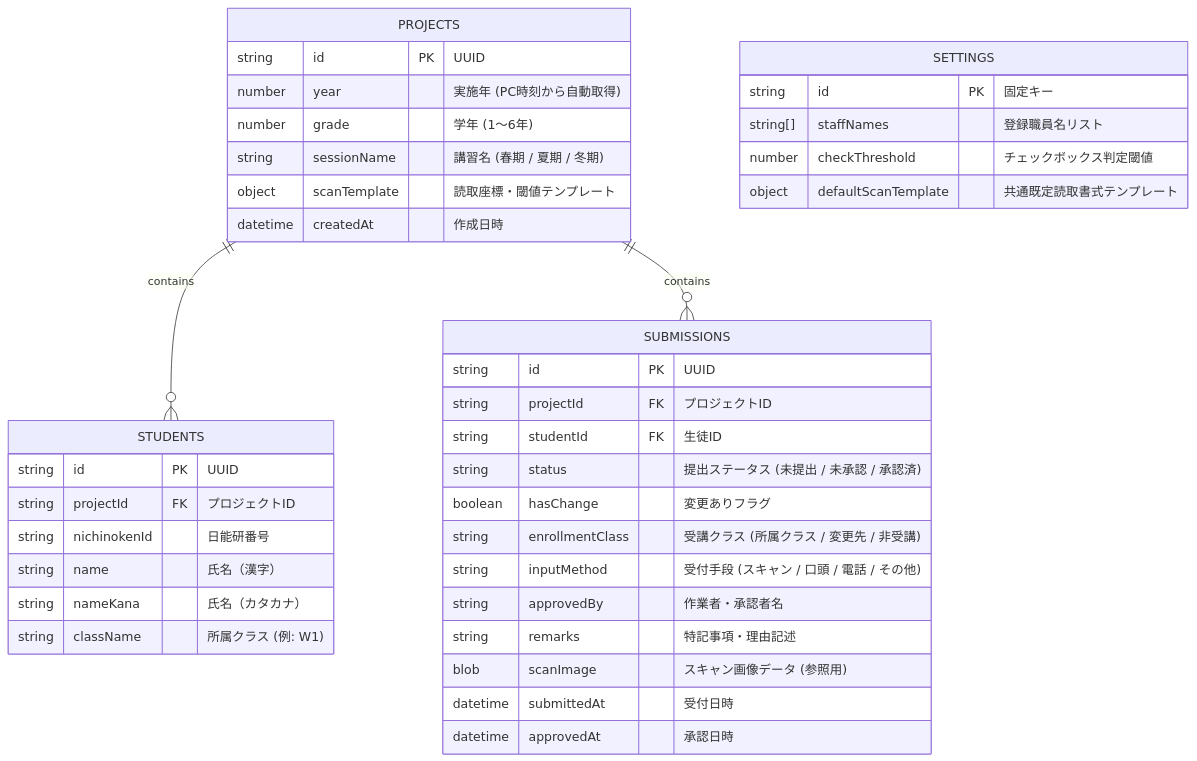
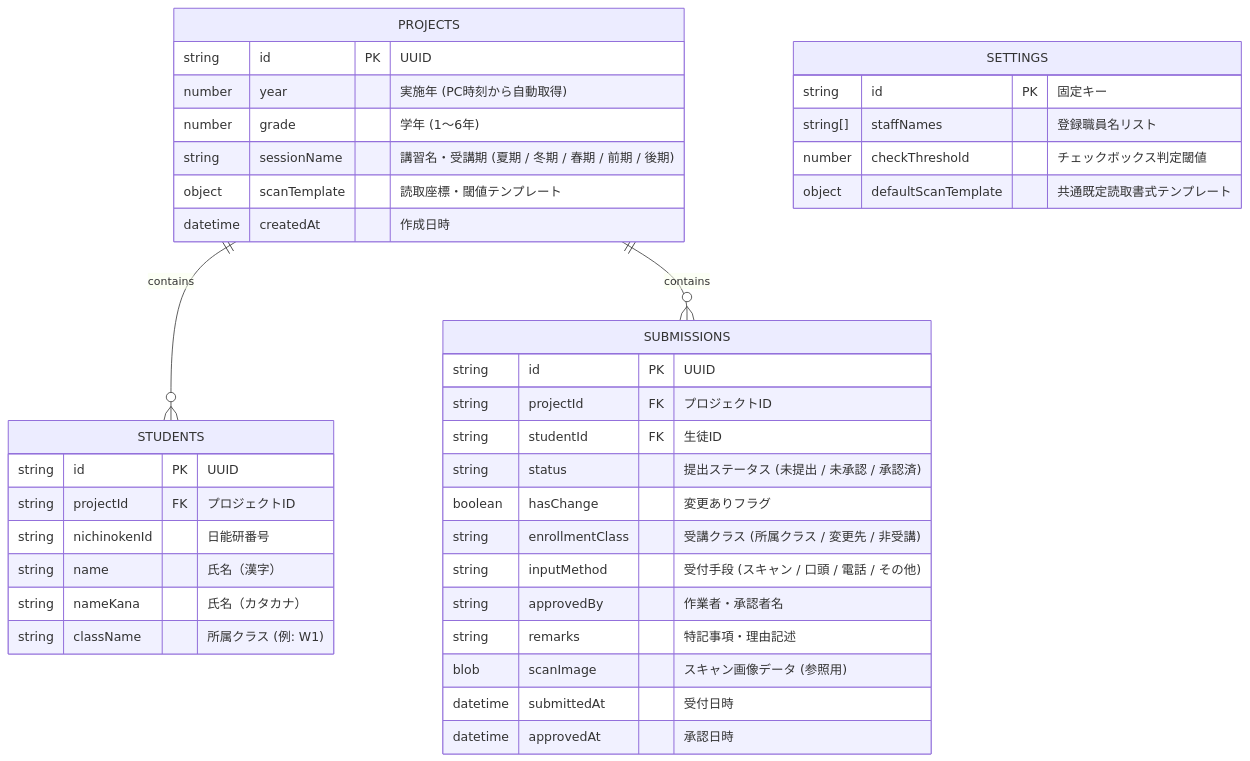
The fourth of 5 diagrams in CONCEPT_DESIGN.md (satakeryuunosuke/application_form_reader), drawn with Mermaid before and after one commit. The commit also changed other lines of this file and 9 other files, not shown here.

````diff
--- a/CONCEPT_DESIGN.md
+++ b/CONCEPT_DESIGN.md
@@ -190,45 +190,45 @@
 ```mermaid
 erDiagram
     PROJECTS ||--o{ STUDENTS : contains
     PROJECTS ||--o{ SUBMISSIONS : contains
     
     PROJECTS {
         string id PK "UUID"
         number year "実施年 (PC時刻から自動取得)"
         number grade "学年 (1〜6年)"
-        string sessionName "講習名 (春期 / 夏期 / 冬期)"
+        string sessionName "講習名・受講期 (夏期 / 冬期 / 春期 / 前期 / 後期)"
         object scanTemplate "読取座標・閾値テンプレート"
         datetime createdAt "作成日時"
     }
     
     STUDENTS {
         string id PK "UUID"
         string projectId FK "プロジェクトID"
         string nichinokenId "日能研番号"
         string name "氏名（漢字）"
         string nameKana "氏名（カタカナ）"
         string className "所属クラス (例: W1)"
     }
     
     SUBMISSIONS {
         string id PK "UUID"
         string projectId FK "プロジェクトID"
         string studentId FK "生徒ID"
         string status "提出ステータス (未提出 / 未承認 / 承認済)"
         boolean hasChange "変更ありフラグ"
         string enrollmentClass "受講クラス (所属クラス / 変更先 / 非受講)"
         string inputMethod "受付手段 (スキャン / 口頭 / 電話 / その他)"
         string approvedBy "作業者・承認者名"
         string remarks "特記事項・理由記述"
         blob scanImage "スキャン画像データ (参照用)"
         datetime submittedAt "受付日時"
         datetime approvedAt "承認日時"
     }
     
     SETTINGS {
         string id PK "固定キー"
         string[] staffNames "登録職員名リスト"
         number checkThreshold "チェックボックス判定閾値"
         object defaultScanTemplate "共通既定読取書式テンプレート"
     }
 ```
````
